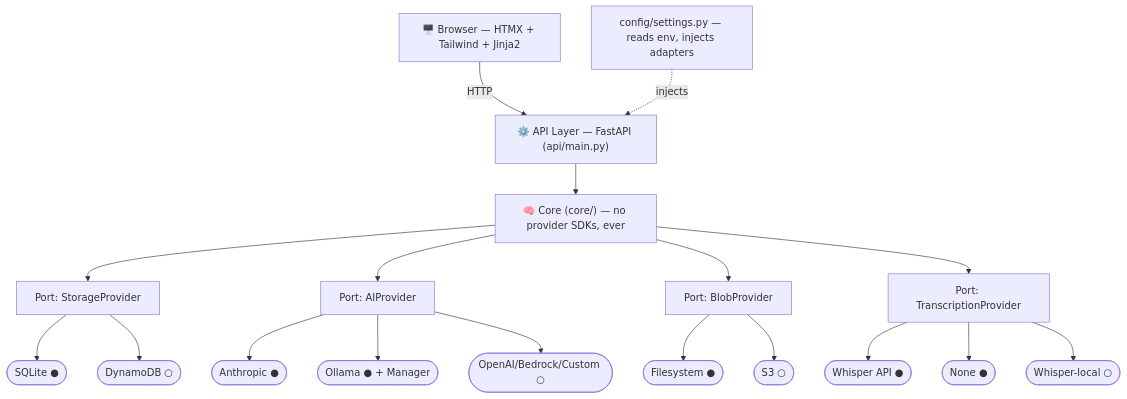
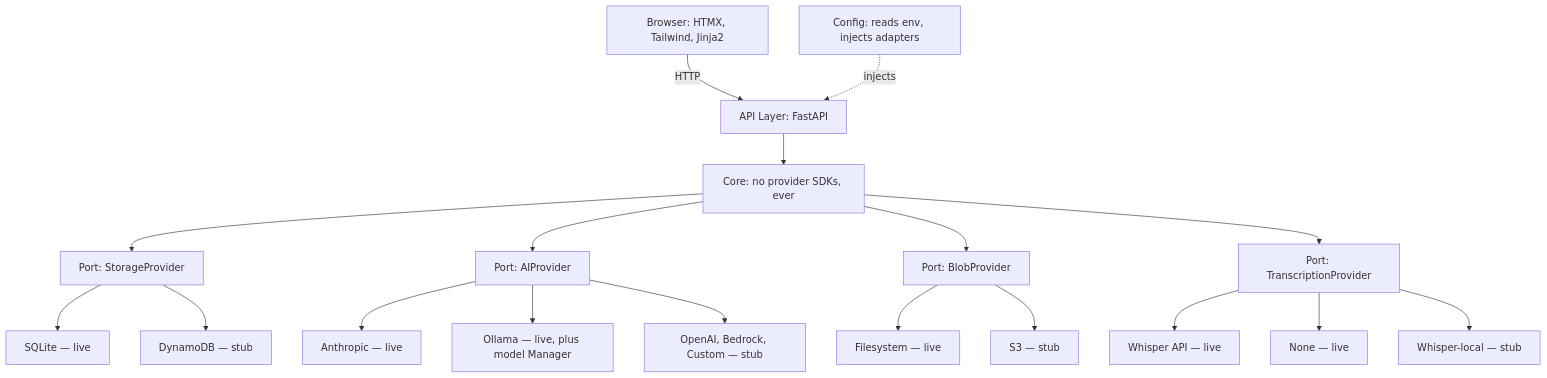
One commit to NebulaDrifter/REMI changed the diagram in README.md. Above: the diagram before and after it, drawn with Mermaid. The commit also changed other lines of this file and 1 other file, not shown here.

Commit message:
Fix Mermaid diagrams failing to render on GitHub
GitHub's Mermaid parser rejected the & multi-target shorthand and unquoted
special characters (slashes, plus, unicode) in node labels. Rewrote all
diagrams with quoted labels, one edge per line, and plain text. Validated
all four render via mermaid renderer.

````diff
--- a/README.md
+++ b/README.md
@@ -33,20 +33,30 @@
 ```mermaid
 flowchart TD
-    BROWSER["🖥️ Browser — HTMX + Tailwind + Jinja2"]
-    API["⚙️ API Layer — FastAPI (api/main.py)"]
-    CORE["🧠 Core (core/) — no provider SDKs, ever"]
-    CFG["config/settings.py — reads env, injects adapters"]
+    BROWSER["Browser: HTMX, Tailwind, Jinja2"]
+    API["API Layer: FastAPI"]
+    CORE["Core: no provider SDKs, ever"]
+    CFG["Config: reads env, injects adapters"]
 
-    BROWSER -->|HTTP| API --> CORE
-    CFG -.injects.-> API
+    BROWSER -->|HTTP| API
+    API --> CORE
+    CFG -. injects .-> API
 
-    CORE --> SP[Port: StorageProvider]
-    CORE --> AP[Port: AIProvider]
-    CORE --> BP[Port: BlobProvider]
-    CORE --> TP[Port: TranscriptionProvider]
+    CORE --> SP["Port: StorageProvider"]
+    CORE --> AP["Port: AIProvider"]
+    CORE --> BP["Port: BlobProvider"]
+    CORE --> TP["Port: TranscriptionProvider"]
 
-    SP --> SQLite([SQLite ●]) & Dynamo([DynamoDB ○])
-    AP --> Anthropic([Anthropic ●]) & Ollama([Ollama ● + Manager]) & AIStub([OpenAI/Bedrock/Custom ○])
-    BP --> FS([Filesystem ●]) & S3([S3 ○])
-    TP --> Whisper([Whisper API ●]) & NoneT([None ●]) & WLocal([Whisper-local ○])
+    SP --> SQLite["SQLite — live"]
+    SP --> Dynamo["DynamoDB — stub"]
+
+    AP --> Anthropic["Anthropic — live"]
+    AP --> Ollama["Ollama — live, plus model Manager"]
+    AP --> AIStub["OpenAI, Bedrock, Custom — stub"]
+
+    BP --> FS["Filesystem — live"]
+    BP --> S3["S3 — stub"]
+
+    TP --> Whisper["Whisper API — live"]
+    TP --> NoneT["None — live"]
+    TP --> WLocal["Whisper-local — stub"]
 ```
````
